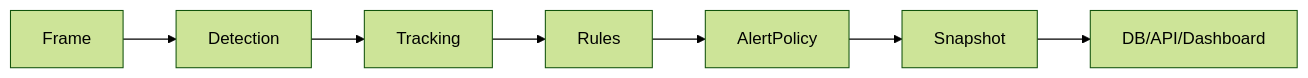
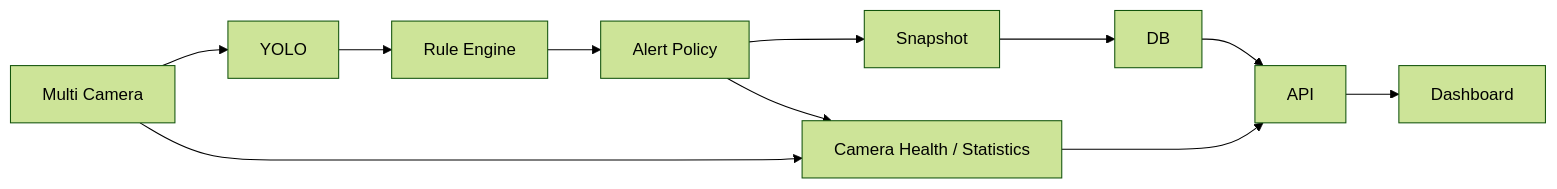
Before and after one commit to jiyeon0715/vision-event-platform: the second of 2 diagrams in README.md, drawn with Mermaid (forest theme). The commit also changed other lines of this file and 15 other files, not shown here.

Commit message:
feat: add event statistics and camera health monitoring

````diff
--- a/README.md
+++ b/README.md
@@ -59,9 +45,13 @@
 ```mermaid
 flowchart LR
-    A["Frame"] --> B["Detection"]
-    B --> C["Tracking"]
-    C --> D["Rules"]
-    D --> E["AlertPolicy"]
-    E --> F["Snapshot"]
-    F --> G["DB/API/Dashboard"]
+    A["Multi Camera"] --> B["YOLO"]
+    B --> C["Rule Engine"]
+    C --> D["Alert Policy"]
+    D --> E["Snapshot"]
+    E --> F["DB"]
+    F --> G["API"]
+    G --> H["Dashboard"]
+    A --> I["Camera Health / Statistics"]
+    D --> I
+    I --> G
 ```
````
